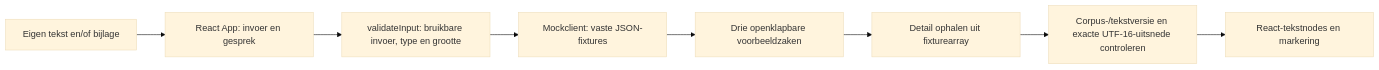
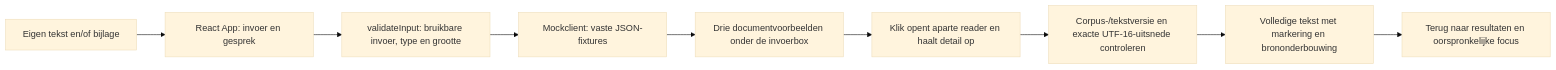
Before and after one commit to Daanvdplas/mike: the second of 2 diagrams in docs/CODEBASE_GUIDE.md, drawn with Mermaid (base theme). The commit also changed other lines of this file and 4 other files, not shown here.

````diff
--- a/docs/CODEBASE_GUIDE.md
+++ b/docs/CODEBASE_GUIDE.md
@@ -35,10 +35,11 @@
 ```mermaid
 flowchart LR
   U[Eigen tekst en/of bijlage] --> A[React App: invoer en gesprek]
   A --> V[validateInput: bruikbare invoer, type en grootte]
   V --> M[Mockclient: vaste JSON-fixtures]
-  M --> R[Drie openklapbare voorbeeldzaken]
-  R --> D[Detail ophalen uit fixturearray]
+  M --> R[Drie documentvoorbeelden onder de invoerbox]
+  R --> D[Klik opent aparte reader en haalt detail op]
   D --> G[Corpus-/tekstversie en exacte UTF-16-uitsnede controleren]
-  G --> T[React-tekstnodes en markering]
+  G --> T[Volledige tekst met markering en brononderbouwing]
+  T --> B[Terug naar resultaten en oorspronkelijke focus]
 ```
````
